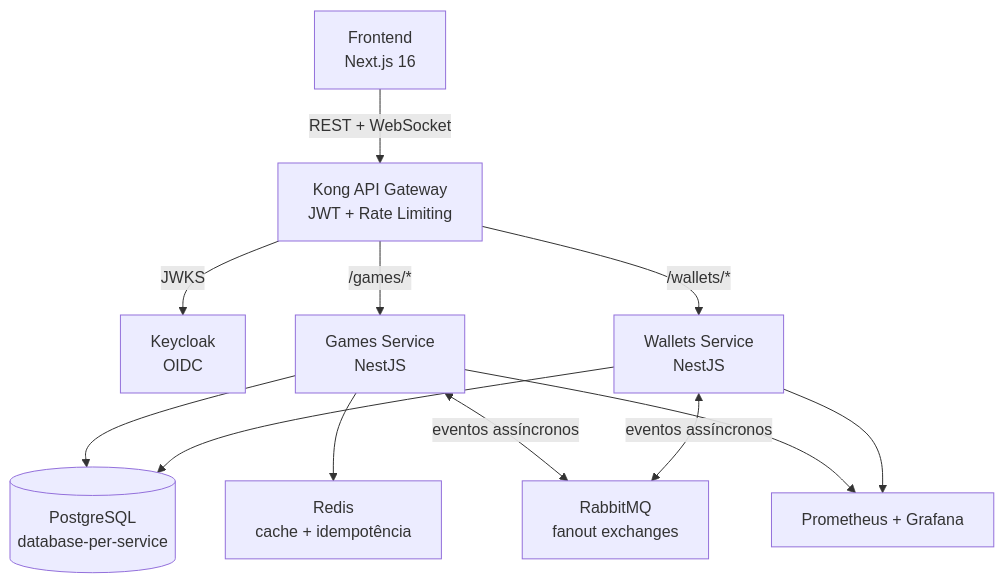
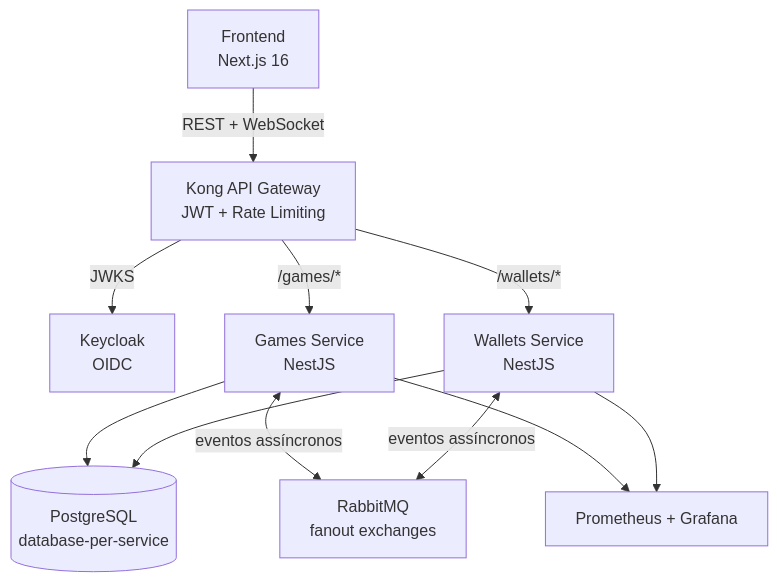
The first of 3 diagrams in README.md (felipersas/crash-game), drawn with Mermaid before and after one commit. The commit also changed other lines of this file and 8 other files, not shown here.

````diff
--- a/README.md
+++ b/README.md
@@ -50,24 +50,22 @@
 ```mermaid
 graph TB
     FE["Frontend<br/>Next.js 16"]
     KONG["Kong API Gateway<br/>JWT + Rate Limiting"]
     KC["Keycloak<br/>OIDC"]
     GS["Games Service<br/>NestJS"]
     WS["Wallets Service<br/>NestJS"]
     PG[("PostgreSQL<br/>database-per-service")]
-    REDIS["Redis<br/>cache + idempotência"]
     RMQ["RabbitMQ<br/>fanout exchanges"]
     PROM["Prometheus + Grafana"]
 
     FE -->|"REST + WebSocket"| KONG
     KONG -->|"JWKS"| KC
     KONG -->|"/games/*"| GS
     KONG -->|"/wallets/*"| WS
     GS --> PG
-    GS --> REDIS
     WS --> PG
     GS <-->|"eventos assíncronos"| RMQ
     WS <-->|"eventos assíncronos"| RMQ
     GS --> PROM
     WS --> PROM
 ```
````
